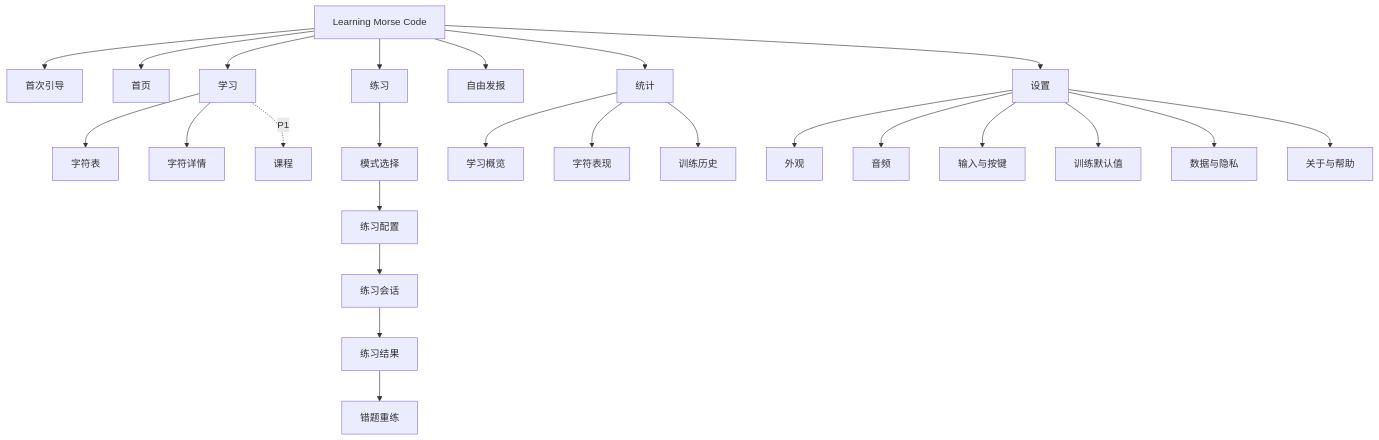
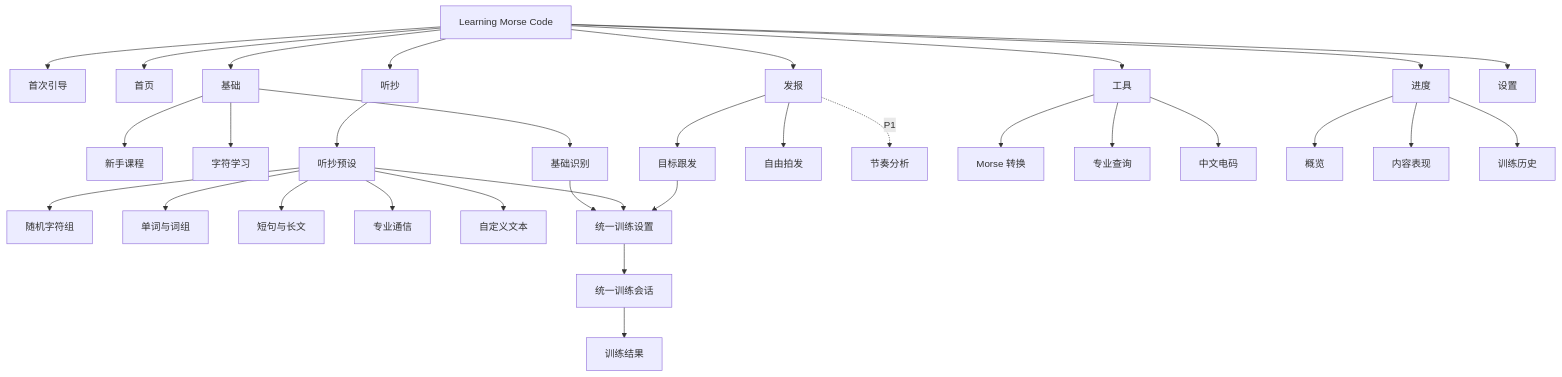
Before and after one commit to ExplorerX/MoCo: the first of 2 diagrams in InformationArchitecture.md, drawn with Mermaid. The commit also changed other lines of this file and 2 other files, not shown here.

````diff
--- a/InformationArchitecture.md
+++ b/InformationArchitecture.md
@@ -26,31 +27,40 @@
 ```mermaid
 flowchart TD
     APP["Learning Morse Code"] --> ONB["首次引导"]
     APP --> HOME["首页"]
-    APP --> LEARN["学习"]
-    APP --> PRACTICE["练习"]
-    APP --> KEYER["自由发报"]
-    APP --> STATS["统计"]
+    APP --> LEARN["基础"]
+    APP --> RECEIVE["听抄"]
+    APP --> SEND["发报"]
+    APP --> TOOLS["工具"]
+    APP --> PROGRESS["进度"]
     APP --> SETTINGS["设置"]
 
-    LEARN --> REFERENCE["字符表"]
-    LEARN --> CHARACTER["字符详情"]
-    LEARN -. P1 .-> COURSE["课程"]
+    LEARN --> COURSES["新手课程"]
+    LEARN --> CHARACTERS["字符学习"]
+    LEARN --> RECOGNITION["基础识别"]
 
-    PRACTICE --> MODE["模式选择"]
-    MODE --> SETUP["练习配置"]
-    SETUP --> SESSION["练习会话"]
-    SESSION --> RESULT["练习结果"]
-    RESULT --> RETRY["错题重练"]
+    RECEIVE --> RX_PRESETS["听抄预设"]
+    RX_PRESETS --> RX_RANDOM["随机字符组"]
+    RX_PRESETS --> RX_WORDS["单词与词组"]
+    RX_PRESETS --> RX_TEXT["短句与长文"]
+    RX_PRESETS --> RX_RADIO["专业通信"]
+    RX_PRESETS --> RX_CUSTOM["自定义文本"]
 
-    STATS --> OVERVIEW["学习概览"]
-    STATS --> CHARSTATS["字符表现"]
-    STATS --> HISTORY["训练历史"]
+    SEND --> TX_GUIDED["目标跟发"]
+    SEND --> TX_FREE["自由拍发"]
+    SEND -. P1 .-> TX_ANALYSIS["节奏分析"]
 
-    SETTINGS --> APPEARANCE["外观"]
-    SETTINGS --> AUDIO["音频"]
-    SETTINGS --> INPUT["输入与按键"]
-    SETTINGS --> TRAINING["训练默认值"]
-    SETTINGS --> DATA["数据与隐私"]
-    SETTINGS --> ABOUT["关于与帮助"]
+    TOOLS --> MORSE_TOOL["Morse 转换"]
+    TOOLS --> REFERENCE["专业查询"]
+    TOOLS --> CTC["中文电码"]
+
+    RECOGNITION --> SETUP["统一训练设置"]
+    RX_PRESETS --> SETUP
+    TX_GUIDED --> SETUP
+    SETUP --> SESSION["统一训练会话"]
+    SESSION --> RESULT["训练结果"]
+
+    PROGRESS --> OVERVIEW["概览"]
+    PROGRESS --> CONTENT_STATS["内容表现"]
+    PROGRESS --> HISTORY["训练历史"]
 ```
````
